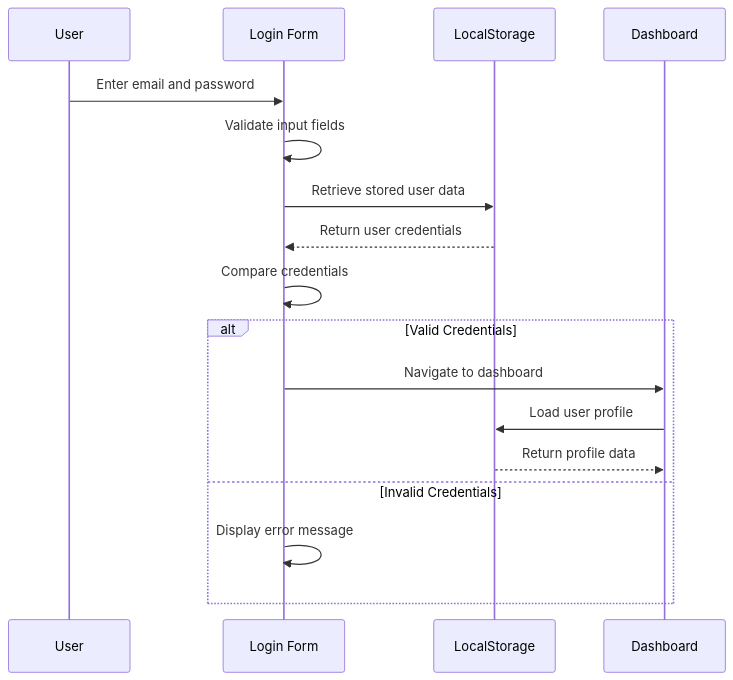
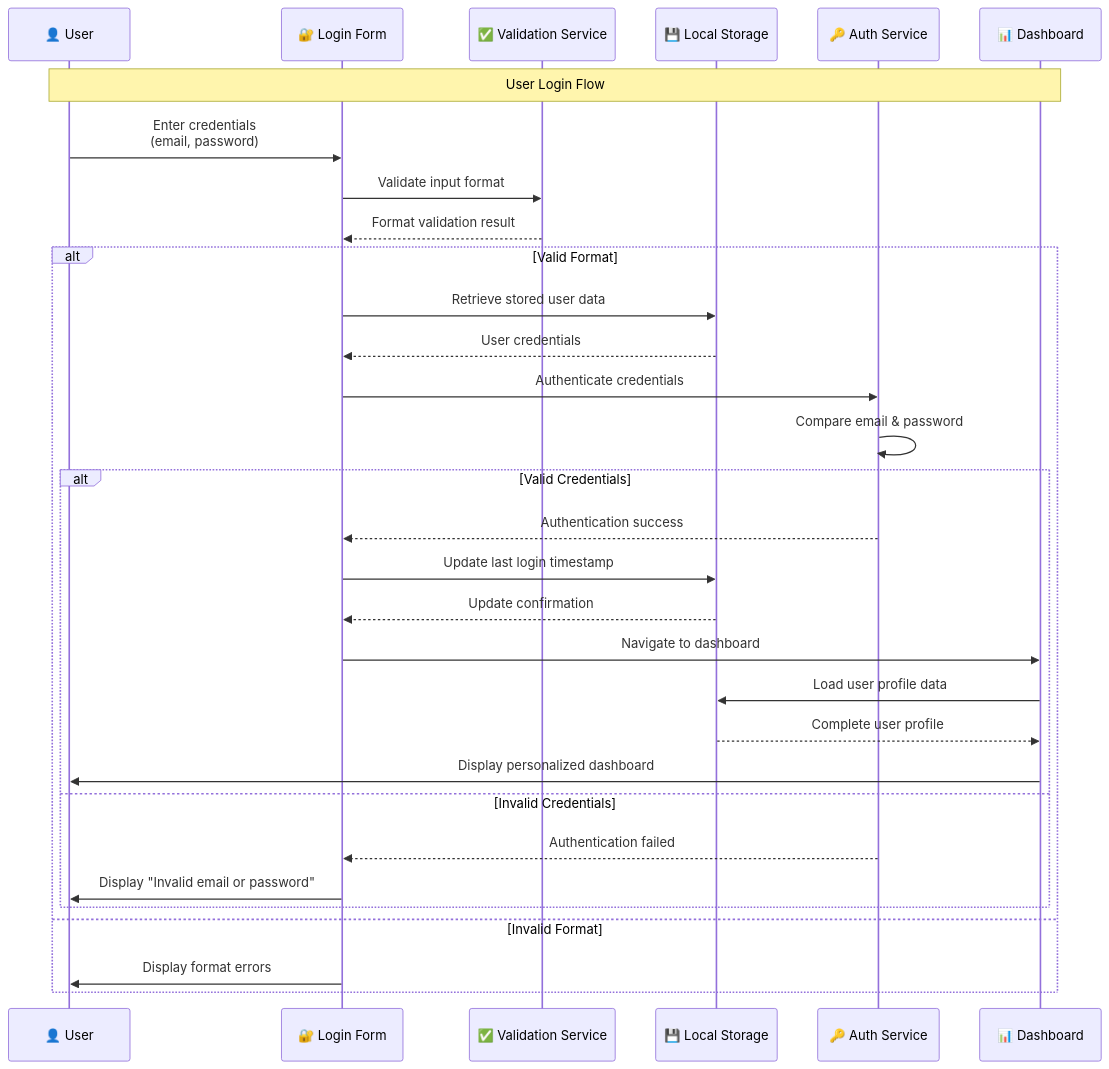
The second of 6 diagrams in docs/Sequence_Diagram.md (Shipra1605/health-ai-medicare-compass), drawn with Mermaid before and after one commit. The commit also changed other lines of this file and 4 other files, not shown here.

First line of the commit message:
Refactor: Enhance diagrams for academic report

````diff
--- a/docs/Sequence_Diagram.md
+++ b/docs/Sequence_Diagram.md
@@ -35,21 +52,40 @@
 ```mermaid
 sequenceDiagram
-    participant U as User
-    participant LF as Login Form
-    participant LS as LocalStorage
-    participant D as Dashboard
+    participant U as 👤 User
+    participant LF as 🔐 Login Form
+    participant VS as ✅ Validation Service
+    participant LS as 💾 Local Storage
+    participant AS as 🔑 Auth Service
+    participant D as 📊 Dashboard
 
-    U->>LF: Enter email and password
-    LF->>LF: Validate input fields
-    LF->>LS: Retrieve stored user data
-    LS-->>LF: Return user credentials
-    LF->>LF: Compare credentials
+    Note over U,D: User Login Flow
     
-    alt Valid Credentials
-        LF->>D: Navigate to dashboard
-        D->>LS: Load user profile
-        LS-->>D: Return profile data
-    else Invalid Credentials
-        LF->>LF: Display error message
+    U->>LF: Enter credentials<br/>(email, password)
+    LF->>VS: Validate input format
+    VS-->>LF: Format validation result
+    
+    alt Valid Format
+        LF->>LS: Retrieve stored user data
+        LS-->>LF: User credentials
+        LF->>AS: Authenticate credentials
+        AS->>AS: Compare email & password
+        
+        alt Valid Credentials
+            AS-->>LF: Authentication success
+            LF->>LS: Update last login timestamp
+            LS-->>LF: Update confirmation
+            LF->>D: Navigate to dashboard
+            D->>LS: Load user profile data
+            LS-->>D: Complete user profile
+            D->>U: Display personalized dashboard
+            
+        else Invalid Credentials
+            AS-->>LF: Authentication failed
+            LF->>U: Display "Invalid email or password"
+            
+        end
+        
+    else Invalid Format
+        LF->>U: Display format errors
     end
 ```
````
